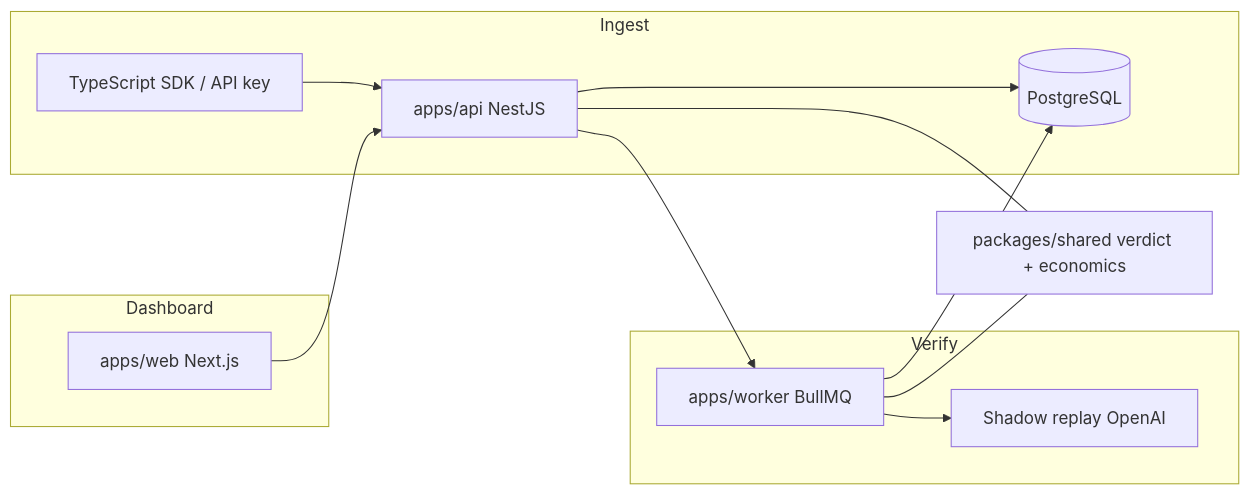
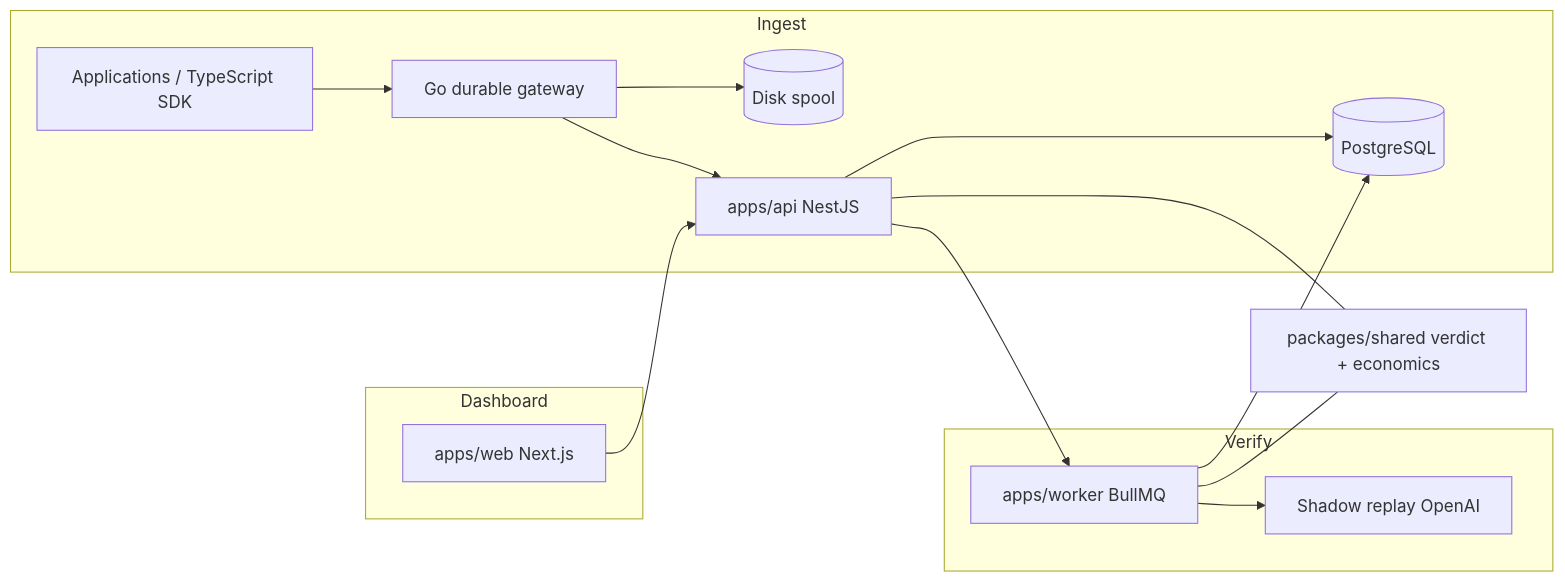
Before and after one commit to ksarin10/sentinelAI: the diagram in README.md, drawn with Mermaid. The commit also changed other lines of this file and 1 other file, not shown here.

````diff
--- a/README.md
+++ b/README.md
@@ -36,23 +38,27 @@
 ```mermaid
 flowchart LR
   subgraph ingest [Ingest]
-    SDK[TypeScript SDK / API key]
+    SDK[Applications / TypeScript SDK]
+    GATEWAY[Go durable gateway]
+    SPOOL[(Disk spool)]
     API[apps/api NestJS]
     PG[(PostgreSQL)]
-    SDK --> API --> PG
+    SDK --> GATEWAY
+    GATEWAY --> SPOOL
+    GATEWAY --> API --> PG
   end
   subgraph verify [Verify]
     W[apps/worker BullMQ]
     R[Shadow replay OpenAI]
     API --> W
     W --> R
     W --> PG
   end
   subgraph ui [Dashboard]
     WEB[apps/web Next.js]
     WEB --> API
   end
   SHARED[packages/shared verdict + economics]
   API --- SHARED
   W --- SHARED
 ```
````
